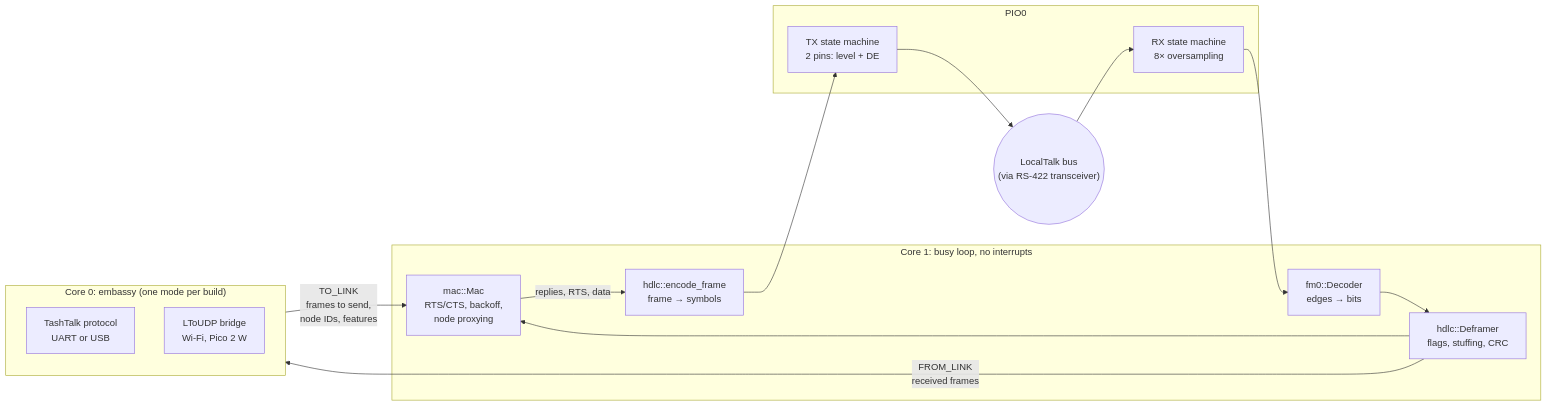
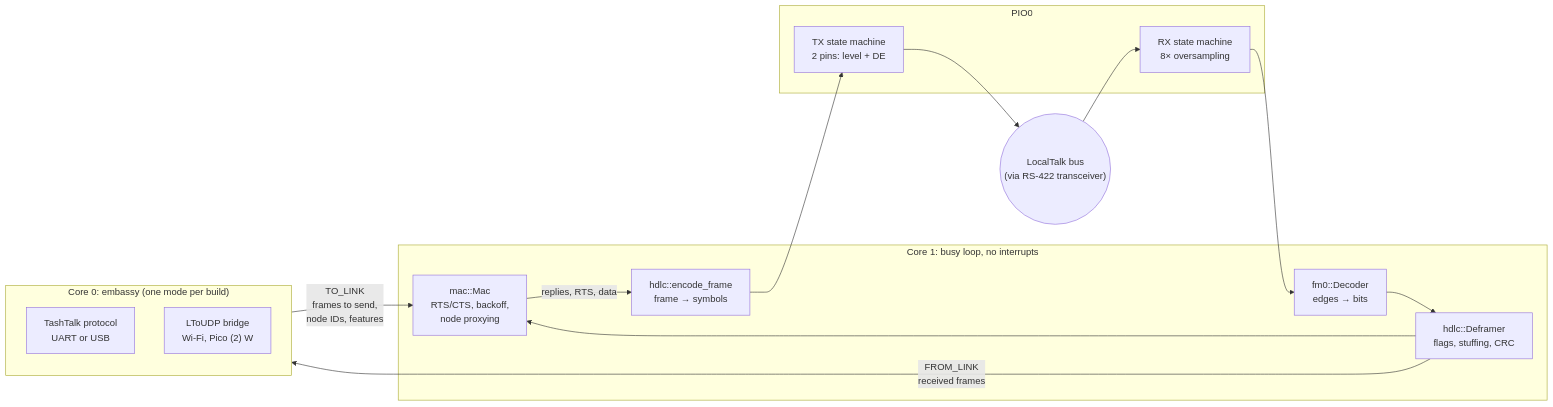
The diagram in README.md (eflukx/picotalk), drawn with Mermaid before and after one commit. The commit also changed other lines of this file and 9 other files, not shown here.

````diff
--- a/README.md
+++ b/README.md
@@ -38,26 +38,26 @@
 ```mermaid
 flowchart LR
     bus(("LocalTalk bus<br/>(via RS-422 transceiver)"))
 
     subgraph pio["PIO0"]
         rxsm["RX state machine<br/>8× oversampling"]
         txsm["TX state machine<br/>2 pins: level + DE"]
     end
 
     subgraph core1["Core 1: busy loop, no interrupts"]
         dec["fm0::Decoder<br/>edges → bits"]
         defr["hdlc::Deframer<br/>flags, stuffing, CRC"]
         mac["mac::Mac<br/>RTS/CTS, backoff,<br/>node proxying"]
         enc["hdlc::encode_frame<br/>frame → symbols"]
     end
 
     subgraph core0["Core 0: embassy (one mode per build)"]
         host["TashTalk protocol<br/>UART or USB"]
-        udp["LToUDP bridge<br/>Wi-Fi, Pico 2 W"]
+        udp["LToUDP bridge<br/>Wi-Fi, Pico (2) W"]
     end
 
     bus --> rxsm --> dec --> defr --> mac
     mac -- "replies, RTS, data" --> enc --> txsm --> bus
     defr -- "FROM_LINK<br/>received frames" --> core0
     core0 -- "TO_LINK<br/>frames to send,<br/>node IDs, features" --> mac
 ```
````
